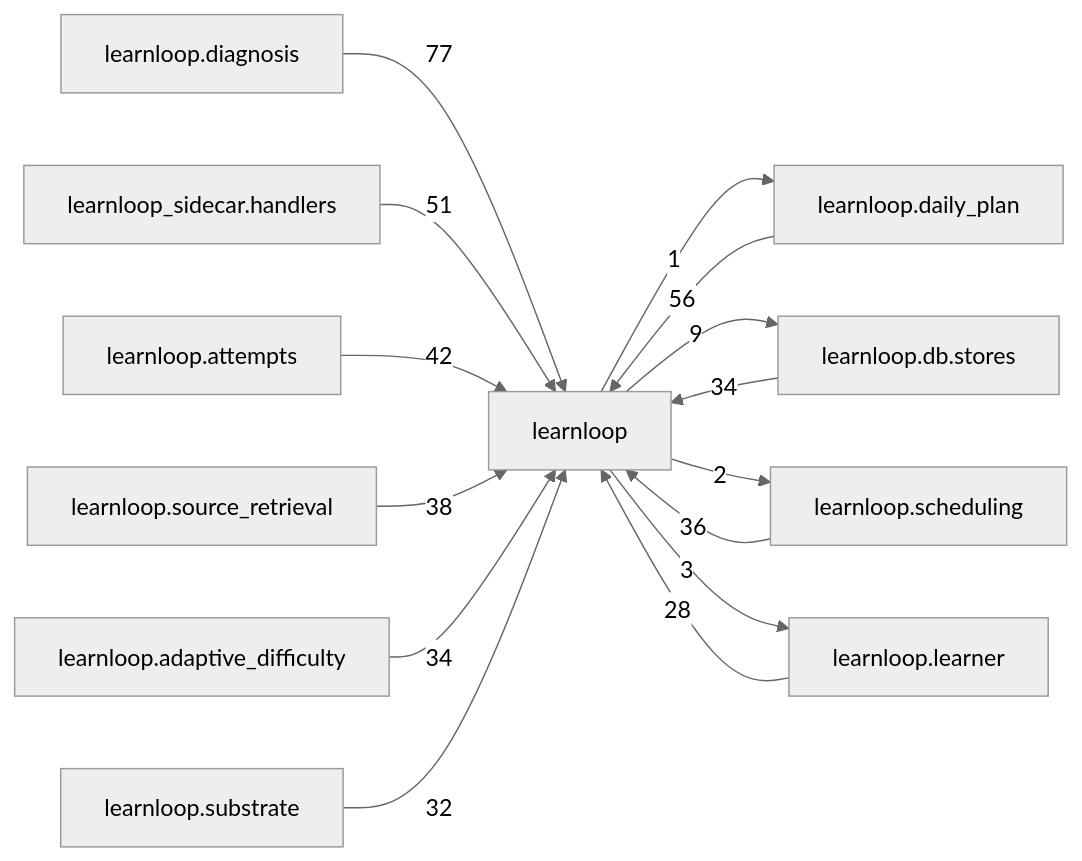
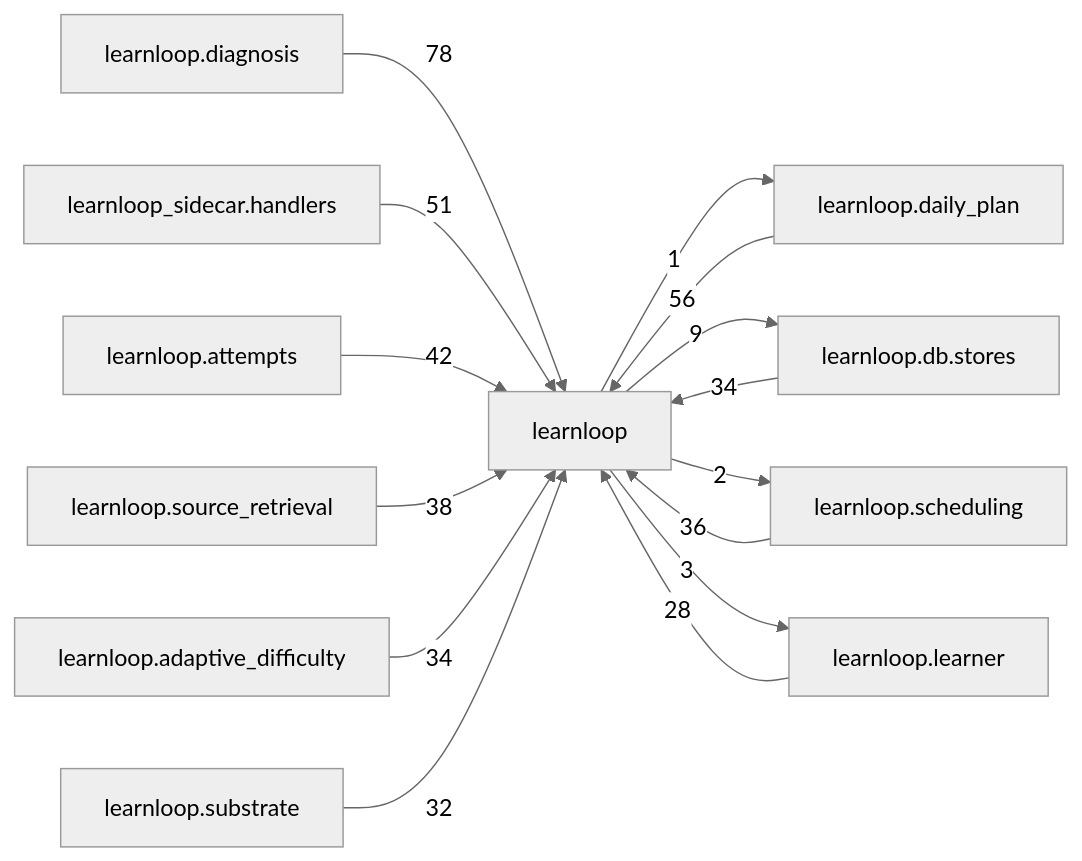
Before and after one commit to 6up-b/learnanything: the diagram in docs/learnloop-architecture-vault/Reference/Modules/learnloop/_package.md, drawn with Mermaid (neutral theme). The commit also changed other lines of this file and 105 other files, not shown here.

````diff
--- a/docs/learnloop-architecture-vault/Reference/Modules/learnloop/_package.md
+++ b/docs/learnloop-architecture-vault/Reference/Modules/learnloop/_package.md
@@ -259,28 +259,28 @@
 ```mermaid
 flowchart LR
     center["learnloop"]
     n_learnloop_diagnosis["learnloop.diagnosis"]
     n_learnloop_daily_plan["learnloop.daily_plan"]
     n_learnloop_sidecar_handlers["learnloop_sidecar.handlers"]
     n_learnloop_db_stores["learnloop.db.stores"]
     n_learnloop_attempts["learnloop.attempts"]
     n_learnloop_scheduling["learnloop.scheduling"]
     n_learnloop_source_retrieval["learnloop.source_retrieval"]
     n_learnloop_adaptive_difficulty["learnloop.adaptive_difficulty"]
     n_learnloop_substrate["learnloop.substrate"]
     n_learnloop_learner["learnloop.learner"]
-    n_learnloop_diagnosis -->|77| center
+    n_learnloop_diagnosis -->|78| center
     n_learnloop_daily_plan -->|56| center
     center -->|1| n_learnloop_daily_plan
     n_learnloop_sidecar_handlers -->|51| center
     n_learnloop_db_stores -->|34| center
     center -->|9| n_learnloop_db_stores
     n_learnloop_attempts -->|42| center
     n_learnloop_scheduling -->|36| center
     center -->|2| n_learnloop_scheduling
     n_learnloop_source_retrieval -->|38| center
     n_learnloop_adaptive_difficulty -->|34| center
     n_learnloop_substrate -->|32| center
     n_learnloop_learner -->|28| center
     center -->|3| n_learnloop_learner
 ```
````
